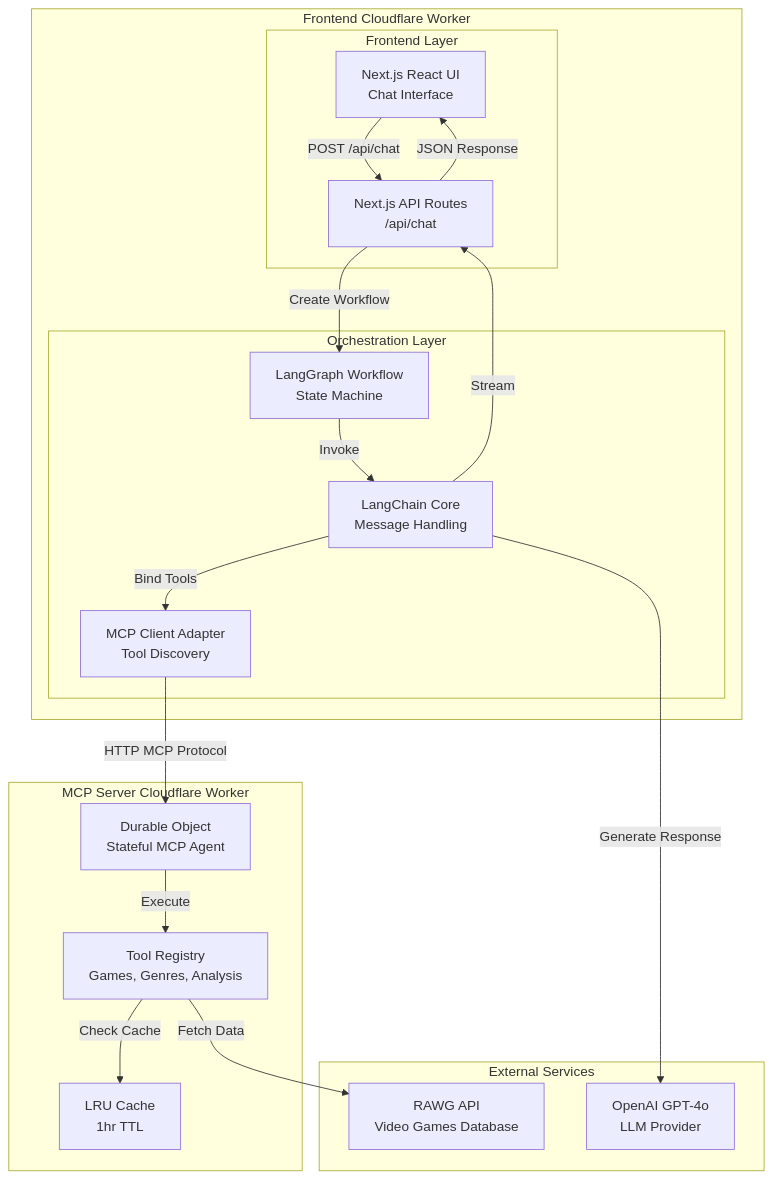
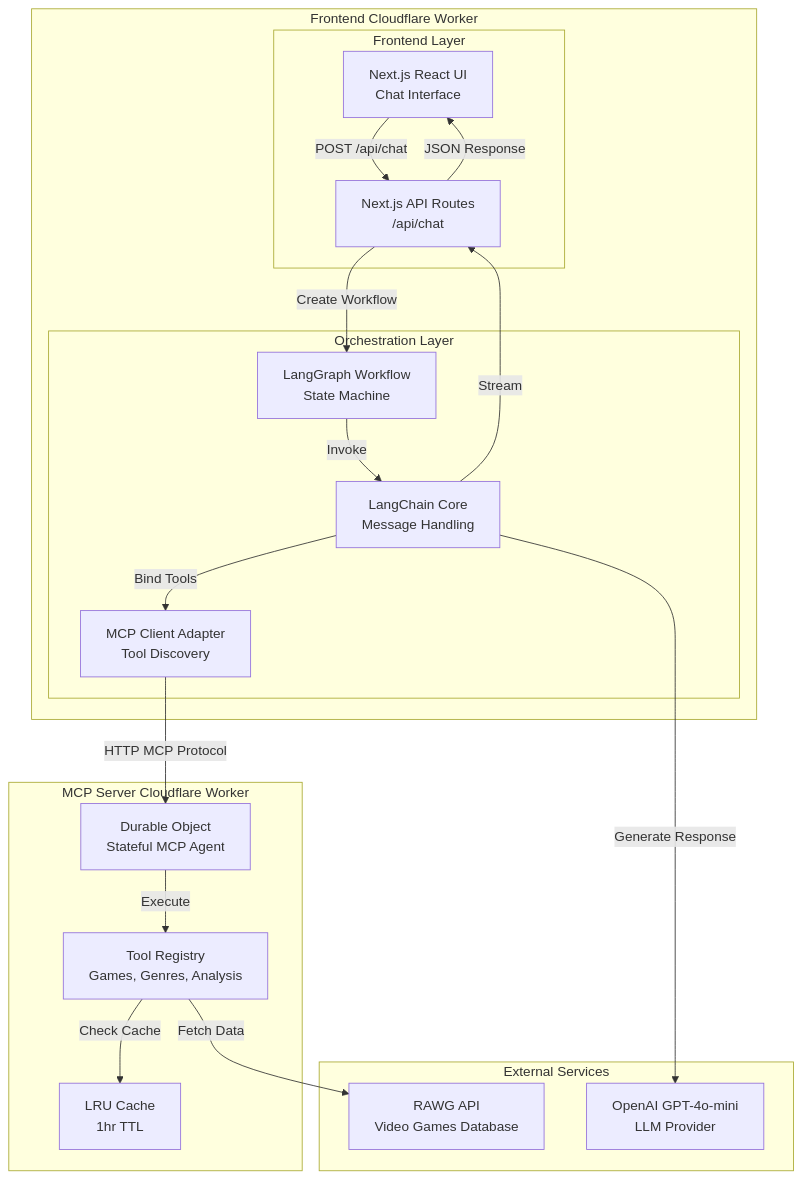
The first of 2 diagrams in README.md (ShawnZong/amazing-game-analytics-ai-chatbot), drawn with Mermaid before and after one commit.

Commit message:
docs: fix LLM model name in architecture diagram

````diff
--- a/README.md
+++ b/README.md
@@ -89,37 +89,37 @@
 ```mermaid
 graph TB
     subgraph "Frontend Cloudflare Worker"
         subgraph "Frontend Layer"
             UI[Next.js React UI<br/>Chat Interface]
             API[Next.js API Routes<br/>/api/chat]
         end
         subgraph "Orchestration Layer"
             LG[LangGraph Workflow<br/>State Machine]
             LC[LangChain Core<br/>Message Handling]
             MCP_CLIENT[MCP Client Adapter<br/>Tool Discovery]
         end
     end
 
     subgraph "MCP Server Cloudflare Worker"
         DO[Durable Object<br/>Stateful MCP Agent]
         TOOLS[Tool Registry<br/>Games, Genres, Analysis]
         CACHE[LRU Cache<br/>1hr TTL]
     end
 
     subgraph "External Services"
-        LLM[OpenAI GPT-4o<br/>LLM Provider]
+        LLM[OpenAI GPT-4o-mini<br/>LLM Provider]
         RAWG[RAWG API<br/>Video Games Database]
     end
 
     UI -->|POST /api/chat| API
     API -->|Create Workflow| LG
     LG -->|Invoke| LC
     LC -->|Bind Tools| MCP_CLIENT
     MCP_CLIENT -->|HTTP MCP Protocol| DO
     DO -->|Execute| TOOLS
     TOOLS -->|Check Cache| CACHE
     TOOLS -->|Fetch Data| RAWG
     LC -->|Generate Response| LLM
     LC -->|Stream| API
     API -->|JSON Response| UI
 ```
````
